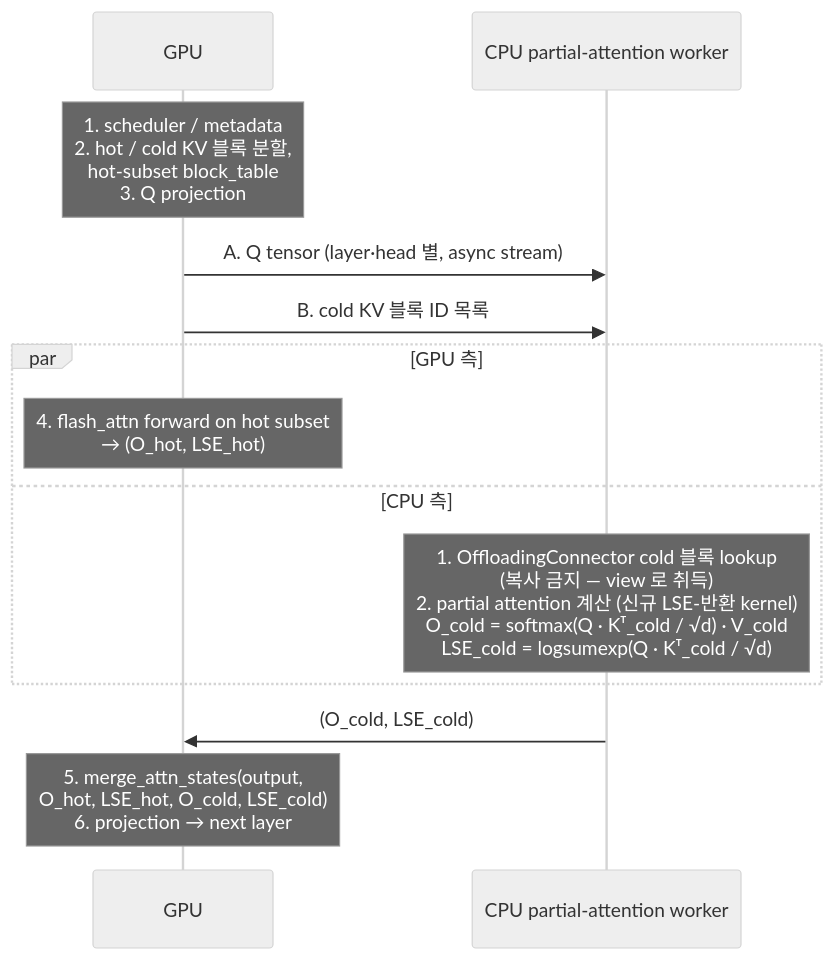
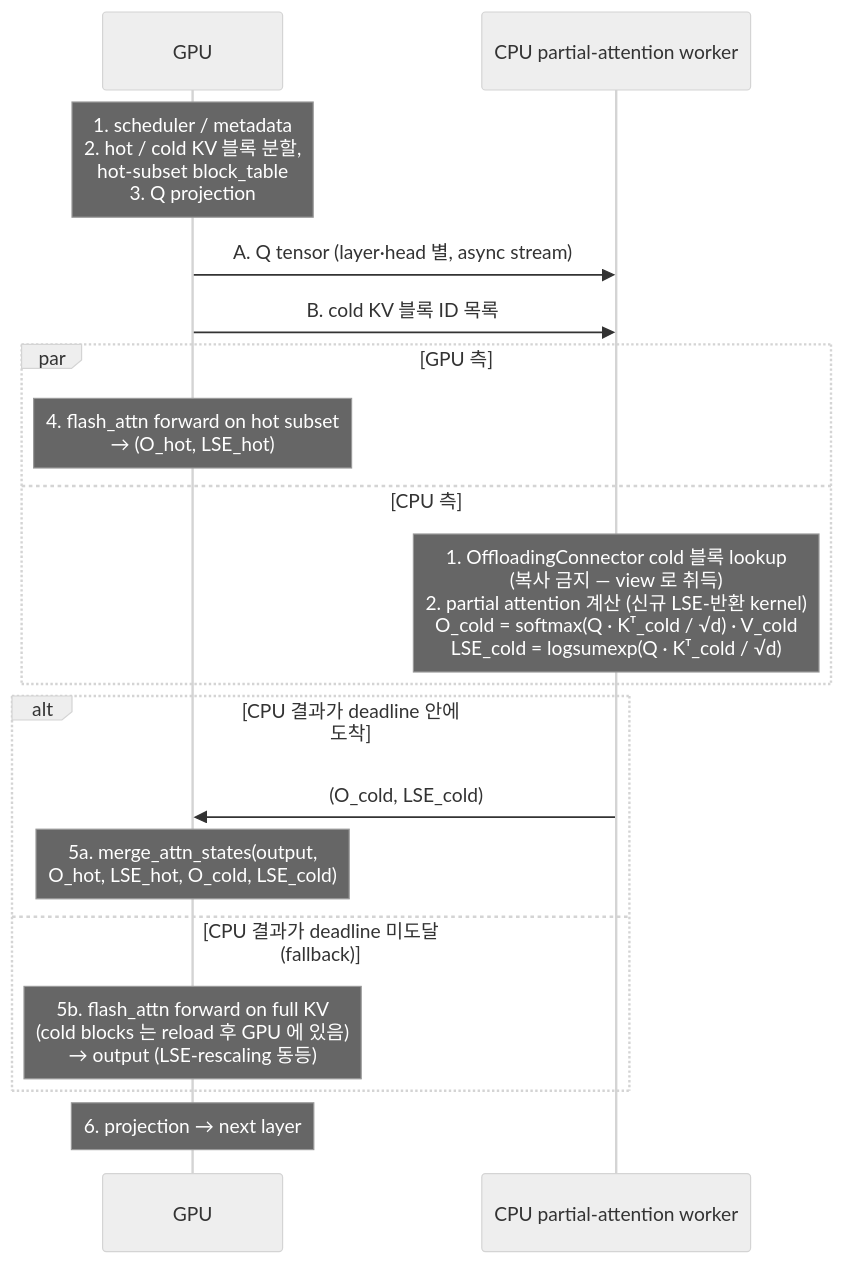
The first of 2 diagrams in shadow_assists/features/IDE_006/README.md (mystous/vllm_hybrid), drawn with Mermaid (neutral theme) before and after one commit. The commit also changed other lines of this file and 24 other files, not shown here.

First line of the commit message:
docs(IDE_006): 3차 재정의 — Speculative cold + GPU fallback + TSK_011 / TST_011 발행

````diff
--- a/shadow_assists/features/IDE_006/README.md
+++ b/shadow_assists/features/IDE_006/README.md
@@ -121,18 +137,23 @@
 ```mermaid
 sequenceDiagram
     participant GPU as GPU
     participant CPU as CPU partial-attention worker
 
     Note over GPU: 1. scheduler / metadata<br/>2. hot / cold KV 블록 분할,<br/>hot-subset block_table<br/>3. Q projection
     GPU->>CPU: A. Q tensor (layer·head 별, async stream)
     GPU->>CPU: B. cold KV 블록 ID 목록
 
     par GPU 측
         Note over GPU: 4. flash_attn forward on hot subset<br/>→ (O_hot, LSE_hot)
     and CPU 측
         Note over CPU: 1. OffloadingConnector cold 블록 lookup<br/>(복사 금지 — view 로 취득)<br/>2. partial attention 계산 (신규 LSE-반환 kernel)<br/>O_cold = softmax(Q · Kᵀ_cold / √d) · V_cold<br/>LSE_cold = logsumexp(Q · Kᵀ_cold / √d)
     end
 
-    CPU->>GPU: (O_cold, LSE_cold)
-    Note over GPU: 5. merge_attn_states(output,<br/>O_hot, LSE_hot, O_cold, LSE_cold)<br/>6. projection → next layer
+    alt CPU 결과가 deadline 안에 도착
+        CPU->>GPU: (O_cold, LSE_cold)
+        Note over GPU: 5a. merge_attn_states(output,<br/>O_hot, LSE_hot, O_cold, LSE_cold)
+    else CPU 결과가 deadline 미도달 (fallback)
+        Note over GPU: 5b. flash_attn forward on full KV<br/>(cold blocks 는 reload 후 GPU 에 있음)<br/>→ output (LSE-rescaling 동등)
+    end
+    Note over GPU: 6. projection → next layer
 ```
````
